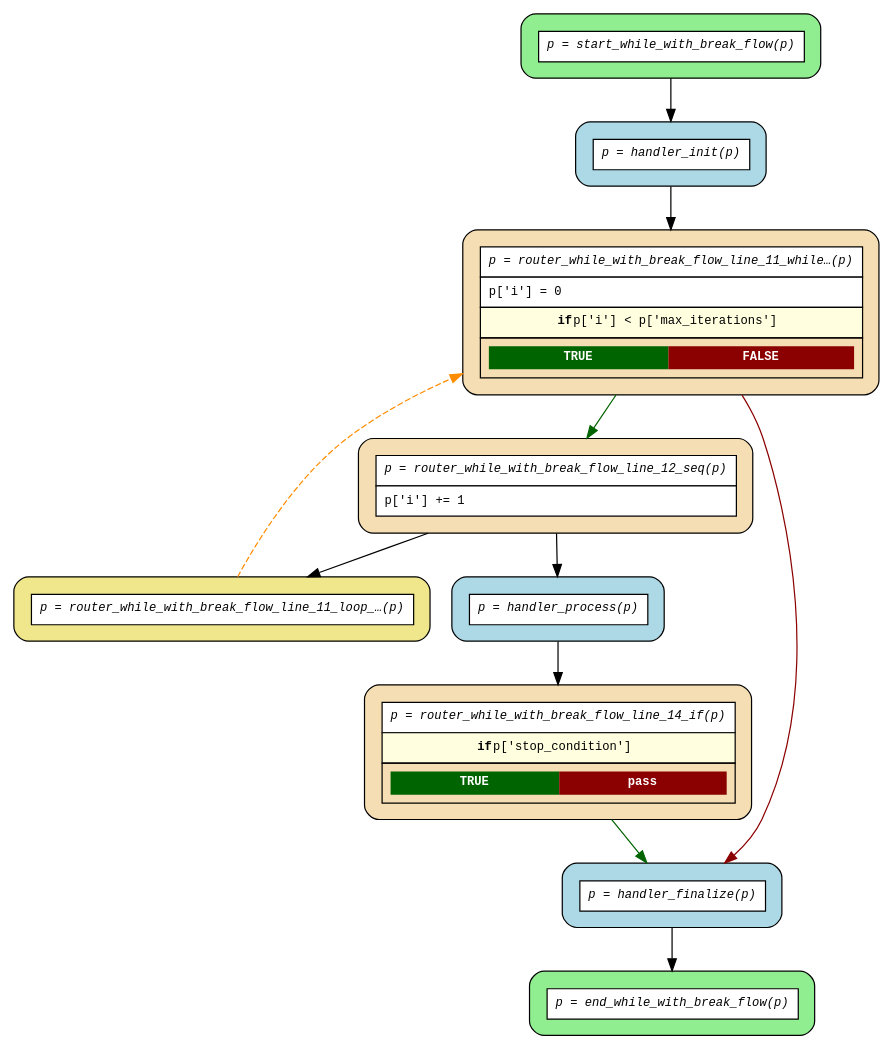
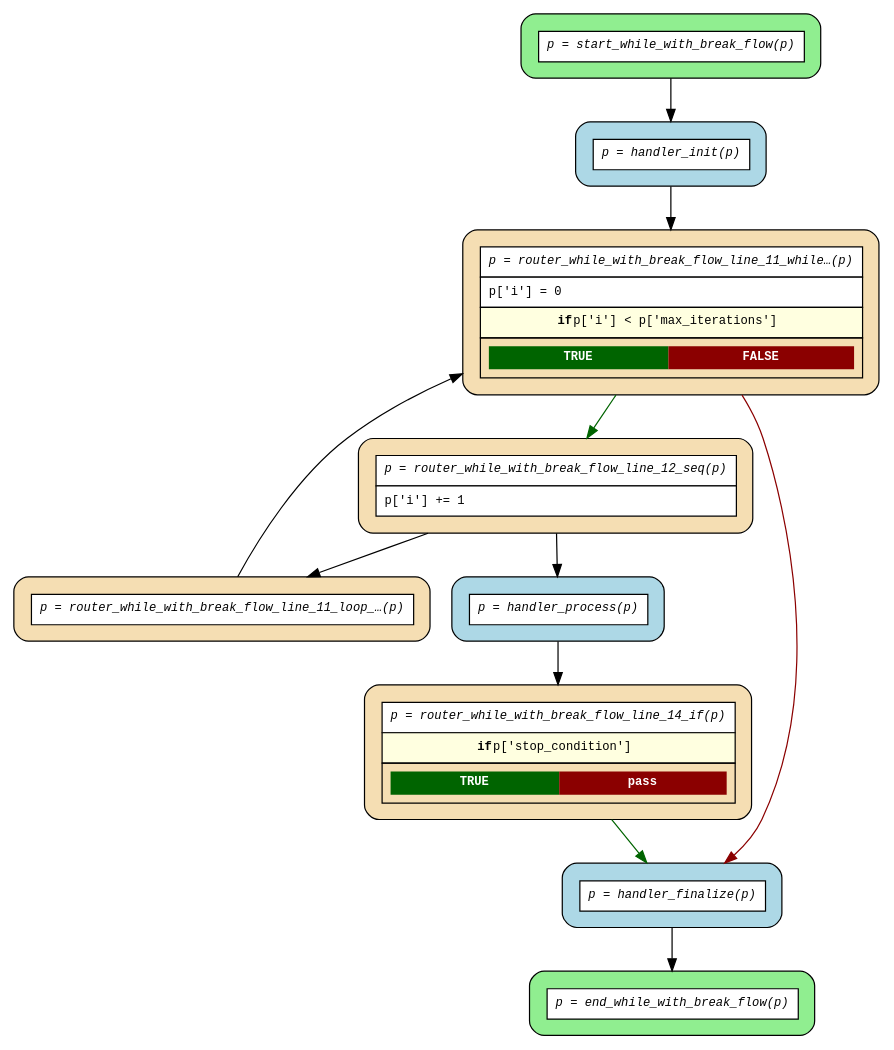
The diagram in examples/flows/compiled/while_with_break/flow.dot (deliveryhero/asya), drawn with Graphviz before and after one commit. The commit also changed 27 other files, not shown here.

```diff
--- a/examples/flows/compiled/while_with_break/flow.dot
+++ b/examples/flows/compiled/while_with_break/flow.dot
@@ -1,27 +1,27 @@
 digraph flow {
   rankdir=TB;
   graph [fontname="Courier", fontsize=10];
   node [fontname="Courier", fontsize=10, shape=box, style="filled,rounded", margin="0.2"];
   edge [fontname="Courier", fontsize=10];
 
   start_while_with_break_flow [fillcolor="lightgreen", label=<<table border="0" cellspacing="0" cellpadding="6" cellborder="1"><tr><td bgcolor="white" align="center"><i>p = start_while_with_break_flow(p)</i></td></tr></table>>];
   router_while_with_break_flow_line_14_if [fillcolor="wheat", label=<<table border="0" cellspacing="0" cellpadding="6" cellborder="1"><tr><td bgcolor="white" align="center"><i>p = router_while_with_break_flow_line_14_if(p)</i></td></tr><tr><td bgcolor="lightyellow"><b>if</b> p['stop_condition']</td></tr><tr><td><table border="0" cellspacing="0" cellpadding="4"><tr><td bgcolor="darkgreen"><font color="white"><b>TRUE</b></font></td><td bgcolor="darkred"><font color="white"><b>pass</b></font></td></tr></table></td></tr></table>>];
   router_while_with_break_flow_line_12_seq [fillcolor="wheat", label=<<table border="0" cellspacing="0" cellpadding="6" cellborder="1"><tr><td bgcolor="white" align="center"><i>p = router_while_with_break_flow_line_12_seq(p)</i></td></tr><tr><td bgcolor="white" align="left">p['i'] += 1</td></tr></table>>];
-  router_while_with_break_flow_line_11_loop_back_0 [fillcolor="khaki", label=<<table border="0" cellspacing="0" cellpadding="6" cellborder="1"><tr><td bgcolor="white" align="center"><i>p = router_while_with_break_flow_line_11_loop_…(p)</i></td></tr></table>>];
+  router_while_with_break_flow_line_11_loop_back_0 [fillcolor="wheat", label=<<table border="0" cellspacing="0" cellpadding="6" cellborder="1"><tr><td bgcolor="white" align="center"><i>p = router_while_with_break_flow_line_11_loop_…(p)</i></td></tr></table>>];
   router_while_with_break_flow_line_11_while_0 [fillcolor="wheat", label=<<table border="0" cellspacing="0" cellpadding="6" cellborder="1"><tr><td bgcolor="white" align="center"><i>p = router_while_with_break_flow_line_11_while…(p)</i></td></tr><tr><td bgcolor="white" align="left">p['i'] = 0</td></tr><tr><td bgcolor="lightyellow"><b>if</b> p['i'] &lt; p['max_iterations']</td></tr><tr><td><table border="0" cellspacing="0" cellpadding="4"><tr><td bgcolor="darkgreen"><font color="white"><b>TRUE</b></font></td><td bgcolor="darkred"><font color="white"><b>FALSE</b></font></td></tr></table></td></tr></table>>];
   end_while_with_break_flow [fillcolor="lightgreen", label=<<table border="0" cellspacing="0" cellpadding="6" cellborder="1"><tr><td bgcolor="white" align="center"><i>p = end_while_with_break_flow(p)</i></td></tr></table>>];
   handler_finalize [fillcolor="lightblue", label=<<table border="0" cellspacing="0" cellpadding="6" cellborder="1"><tr><td bgcolor="white" align="center"><i>p = handler_finalize(p)</i></td></tr></table>>];
   handler_init [fillcolor="lightblue", label=<<table border="0" cellspacing="0" cellpadding="6" cellborder="1"><tr><td bgcolor="white" align="center"><i>p = handler_init(p)</i></td></tr></table>>];
   handler_process [fillcolor="lightblue", label=<<table border="0" cellspacing="0" cellpadding="6" cellborder="1"><tr><td bgcolor="white" align="center"><i>p = handler_process(p)</i></td></tr></table>>];
 
   handler_finalize -> end_while_with_break_flow;
   handler_init -> router_while_with_break_flow_line_11_while_0;
   handler_process -> router_while_with_break_flow_line_14_if;
-  router_while_with_break_flow_line_11_loop_back_0 -> router_while_with_break_flow_line_11_while_0 [style=dashed, color=darkorange, constraint=false];
+  router_while_with_break_flow_line_11_loop_back_0 -> router_while_with_break_flow_line_11_while_0 [constraint=false];
   router_while_with_break_flow_line_11_while_0 -> handler_finalize [color=darkred];
   router_while_with_break_flow_line_11_while_0 -> router_while_with_break_flow_line_12_seq [color=darkgreen];
   router_while_with_break_flow_line_12_seq -> handler_process;
   router_while_with_break_flow_line_12_seq -> router_while_with_break_flow_line_11_loop_back_0;
   router_while_with_break_flow_line_14_if -> handler_finalize [color=darkgreen];
   start_while_with_break_flow -> handler_init;
 }
```
